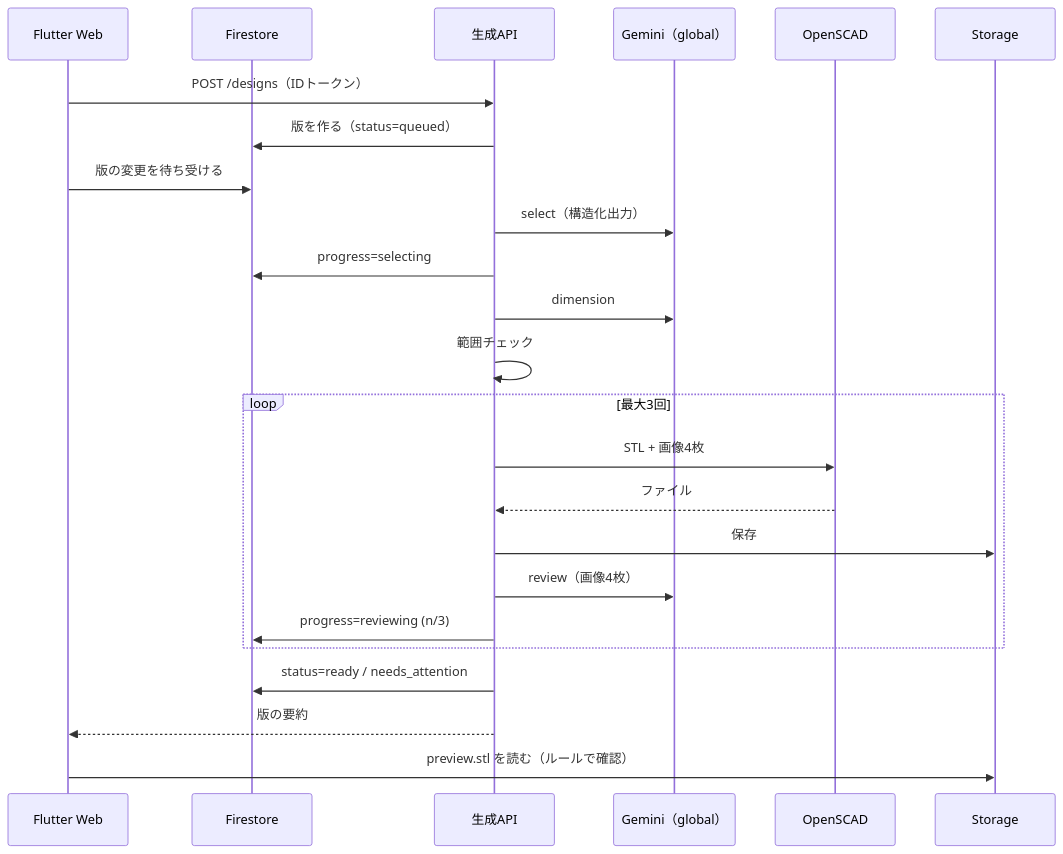
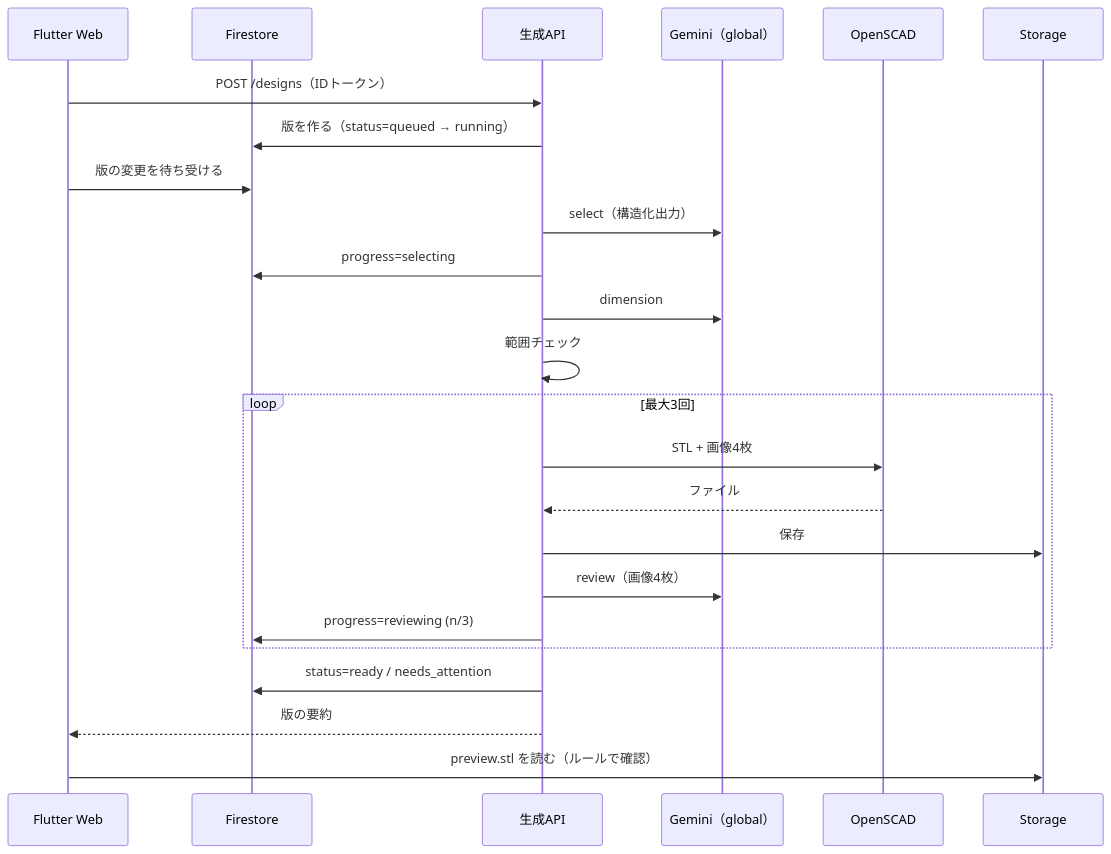
One commit to Devfest-Hackathon-2026/df-2026-t101 changed the third of 4 diagrams in docs/architecture.md. Above: the diagram before and after it, drawn with Mermaid. The commit also changed other lines of this file and 16 other files, not shown here.

````diff
--- a/docs/architecture.md
+++ b/docs/architecture.md
@@ -106,26 +112,26 @@
 ```mermaid
 sequenceDiagram
   participant App as Flutter Web
   participant FS as Firestore
   participant API as 生成API
   participant G as Gemini（global）
   participant SC as OpenSCAD
   participant ST as Storage
   App->>API: POST /designs（IDトークン）
-  API->>FS: 版を作る（status=queued）
+  API->>FS: 版を作る（status=queued → running）
   App->>FS: 版の変更を待ち受ける
   API->>G: select（構造化出力）
   API->>FS: progress=selecting
   API->>G: dimension
   API->>API: 範囲チェック
   loop 最大3回
     API->>SC: STL + 画像4枚
     SC-->>API: ファイル
     API->>ST: 保存
     API->>G: review（画像4枚）
     API->>FS: progress=reviewing (n/3)
   end
   API->>FS: status=ready / needs_attention
   API-->>App: 版の要約
   App->>ST: preview.stl を読む（ルールで確認）
 ```
````
